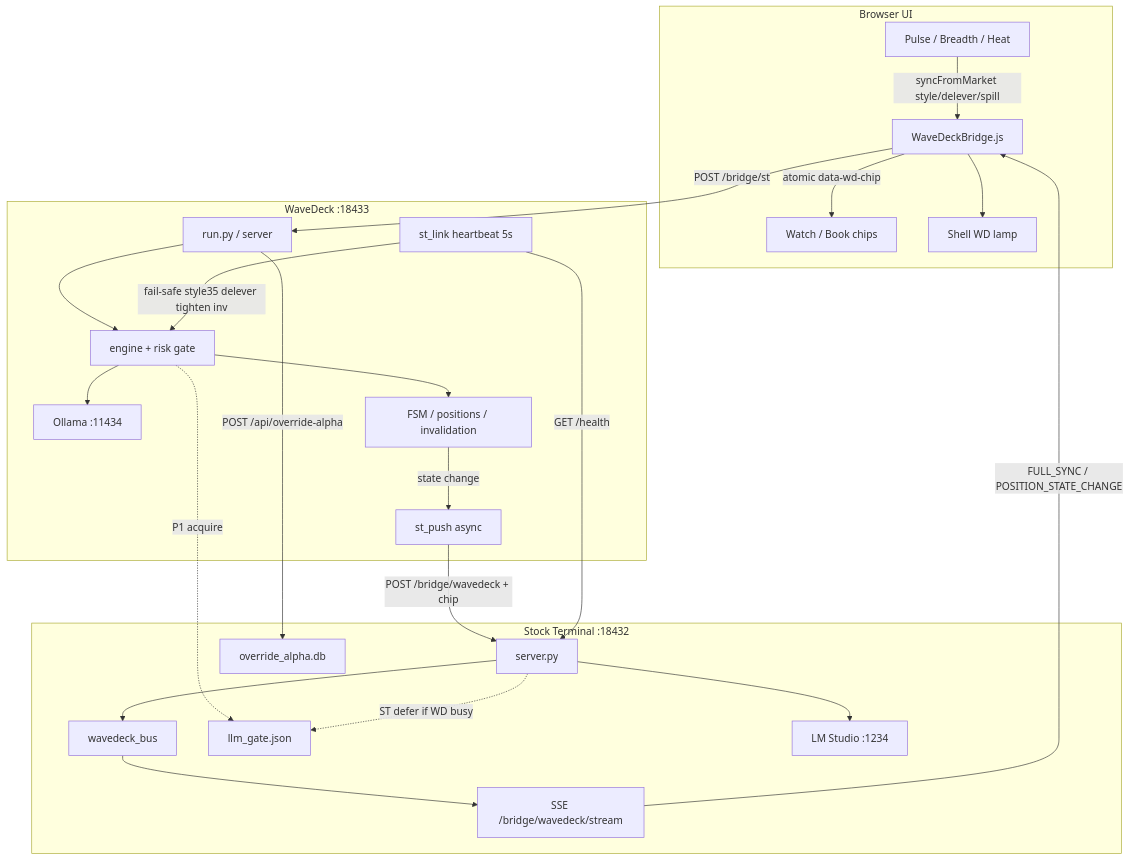
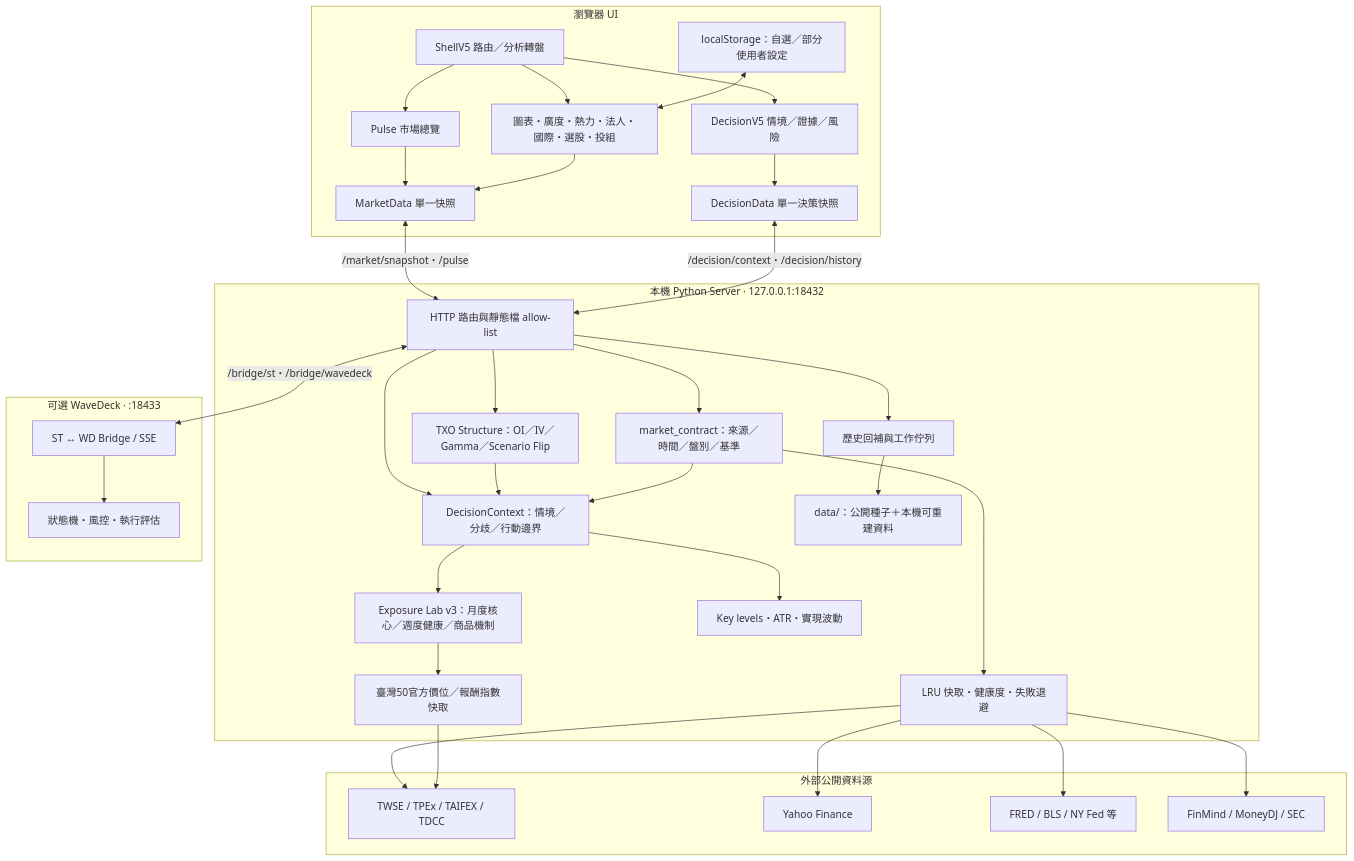
Before and after one commit to SamHuang68/AI_Stock: the second of 8 diagrams in README.md, drawn with Mermaid. The commit also changed other lines of this file and 160 other files, not shown here.

Commit message:
Release Stock Terminal v5 private web and volume integrity

````diff
--- a/README.md
+++ b/README.md
@@ -108,48 +74,65 @@
 ```mermaid
 flowchart TB
-  subgraph browser ["Browser UI"]
-    pulse["Pulse / Breadth / Heat"]
-    watch["Watch / Book chips"]
-    shell["Shell WD lamp"]
-    bridgeJs["WaveDeckBridge.js"]
+  subgraph Browser["瀏覽器 UI"]
+    Shell["ShellV5 路由／分析轉盤"]
+    Pulse["Pulse 市場總覽"]
+    Panels["圖表・廣度・熱力・法人・國際・選股・投組"]
+    Store["MarketData 單一快照"]
+    DecisionPage["DecisionV5 情境／證據／風險"]
+    DecisionStore["DecisionData 單一決策快照"]
+    Local["localStorage：自選／部分使用者設定"]
   end
 
-  subgraph st ["Stock Terminal :18432"]
-    stApi["server.py"]
-    bus["wavedeck_bus"]
-    sse["SSE /bridge/wavedeck/stream"]
-    oa["override_alpha.db"]
-    gate["llm_gate.json"]
-    stLlm["LM Studio :1234"]
+  subgraph LocalServer["本機 Python Server · 127.0.0.1:18432"]
+    Routes["HTTP 路由與靜態檔 allow-list"]
+    Contract["market_contract：來源／時間／盤別／基準"]
+    DecisionEngine["DecisionContext：情境／分歧／行動邊界"]
+    ExposureEngine["Exposure Lab v3：月度核心／週度健康／商品機制"]
+    BenchmarkResearch["臺灣50官方價位／報酬指數快取"]
+    OptionsEngine["TXO Structure：OI／IV／Gamma／Scenario Flip"]
+    KeyLevels["Key levels・ATR・實現波動"]
+    Cache["LRU 快取・健康度・失敗退避"]
+    Jobs["歷史回補與工作佇列"]
+    Files["data/：公開種子＋本機可重建資料"]
   end
 
-  subgraph wd ["WaveDeck :18433"]
-    wdApi["run.py / server"]
-    stLink["st_link heartbeat 5s"]
-    engine["engine + risk gate"]
-    stPush["st_push async"]
-    wdLlm["Ollama :11434"]
-    fsm["FSM / positions / invalidation"]
+  subgraph Sources["外部公開資料源"]
+    TWSE["TWSE / TPEx / TAIFEX / TDCC"]
+    Yahoo["Yahoo Finance"]
+    Macro["FRED / BLS / NY Fed 等"]
+    Other["FinMind / MoneyDJ / SEC"]
   end
 
-  pulse -->|"syncFromMarket style/delever/spill"| bridgeJs
-  bridgeJs -->|"POST /bridge/st"| wdApi
-  wdApi --> engine
-  engine --> fsm
-  fsm -->|"state change"| stPush
-  stPush -->|"POST /bridge/wavedeck + chip"| stApi
-  stApi --> bus
-  bus --> sse
-  sse -->|"FULL_SYNC / POSITION_STATE_CHANGE"| bridgeJs
-  bridgeJs -->|"atomic data-wd-chip"| watch
-  bridgeJs --> shell
+  subgraph WD["可選 WaveDeck · :18433"]
+    Bridge["ST ↔ WD Bridge / SSE"]
+    Engine["狀態機・風控・執行評估"]
+  end
 
-  stLink -->|"GET /health"| stApi
-  stLink -->|"fail-safe style35 delever tighten inv"| engine
-
-  engine -.->|"P1 acquire"| gate
-  stApi -.->|"ST defer if WD busy"| gate
-  stApi --> stLlm
-  engine --> wdLlm
-  wdApi -->|"POST /api/override-alpha"| oa
+  Shell --> Pulse
+  Shell --> Panels
+  Shell --> DecisionPage
+  Pulse --> Store
+  Panels --> Store
+  DecisionPage --> DecisionStore
+  Store <-->|"/market/snapshot・/pulse"| Routes
+  Routes --> Contract
+  Routes --> DecisionEngine
+  DecisionEngine --> ExposureEngine
+  ExposureEngine --> BenchmarkResearch
+  Routes --> OptionsEngine
+  OptionsEngine --> DecisionEngine
+  DecisionEngine --> KeyLevels
+  DecisionStore <-->|"/decision/context・/decision/history"| Routes
+  Contract --> DecisionEngine
+  Contract --> Cache
+  Cache --> TWSE
+  BenchmarkResearch --> TWSE
+  Cache --> Yahoo
+  Cache --> Macro
+  Cache --> Other
+  Routes --> Jobs
+  Jobs --> Files
+  Local <--> Panels
+  Routes <-->|"/bridge/st・/bridge/wavedeck"| Bridge
+  Bridge --> Engine
 ```
````
